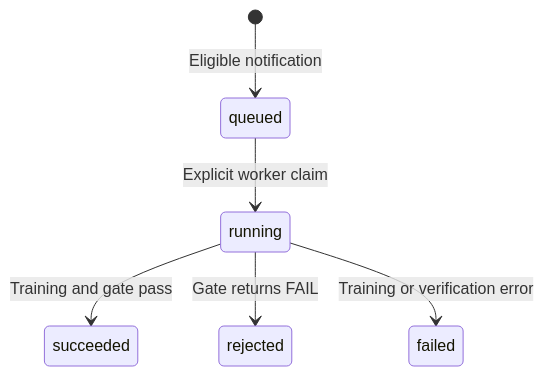
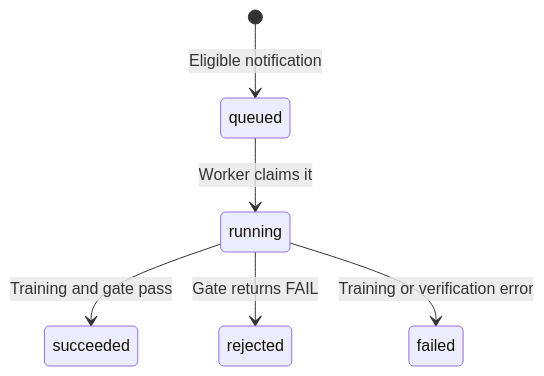
Before and after one commit to VedaVachan/FraudShield: the diagram in docs/low_level_design.md, drawn with Mermaid. The commit also changed other lines of this file and 11 other files, not shown here.

````diff
--- a/docs/low_level_design.md
+++ b/docs/low_level_design.md
@@ -471,8 +474,8 @@
 ```mermaid
 stateDiagram-v2
     [*] --> queued: Eligible notification
-    queued --> running: Explicit worker claim
+    queued --> running: Worker claims it
     running --> succeeded: Training and gate pass
     running --> rejected: Gate returns FAIL
     running --> failed: Training or verification error
 ```
````
